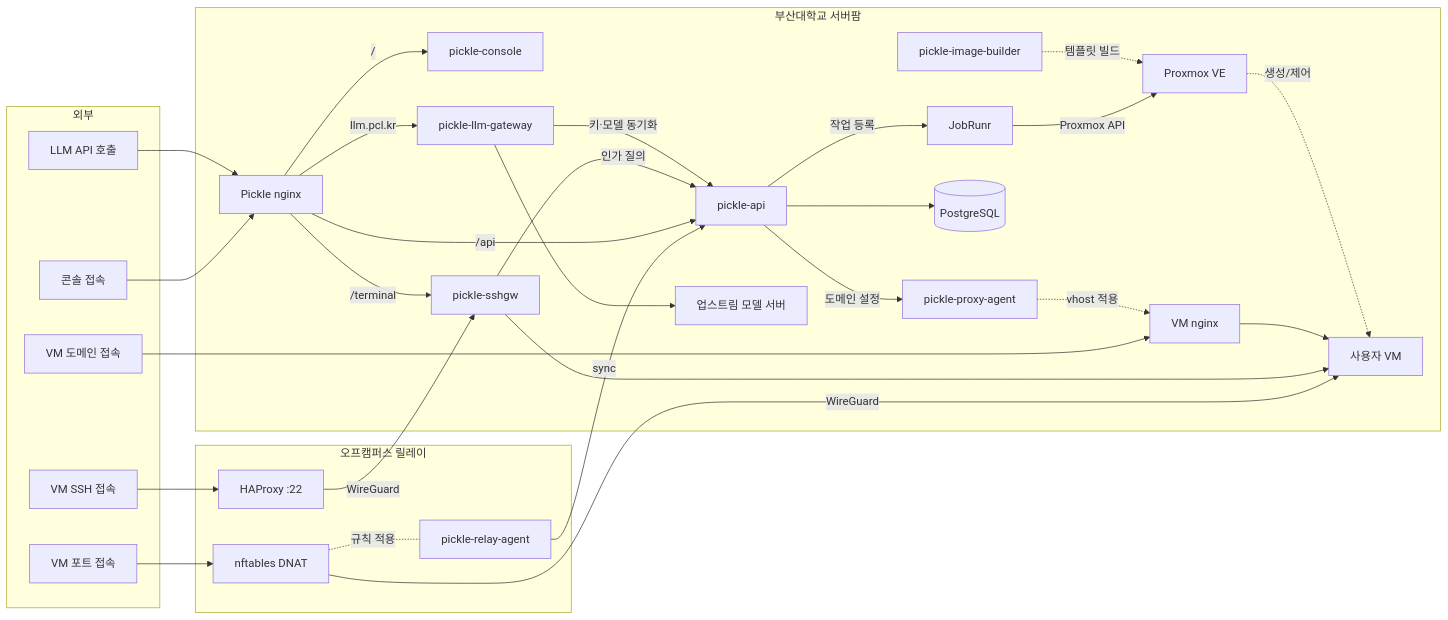
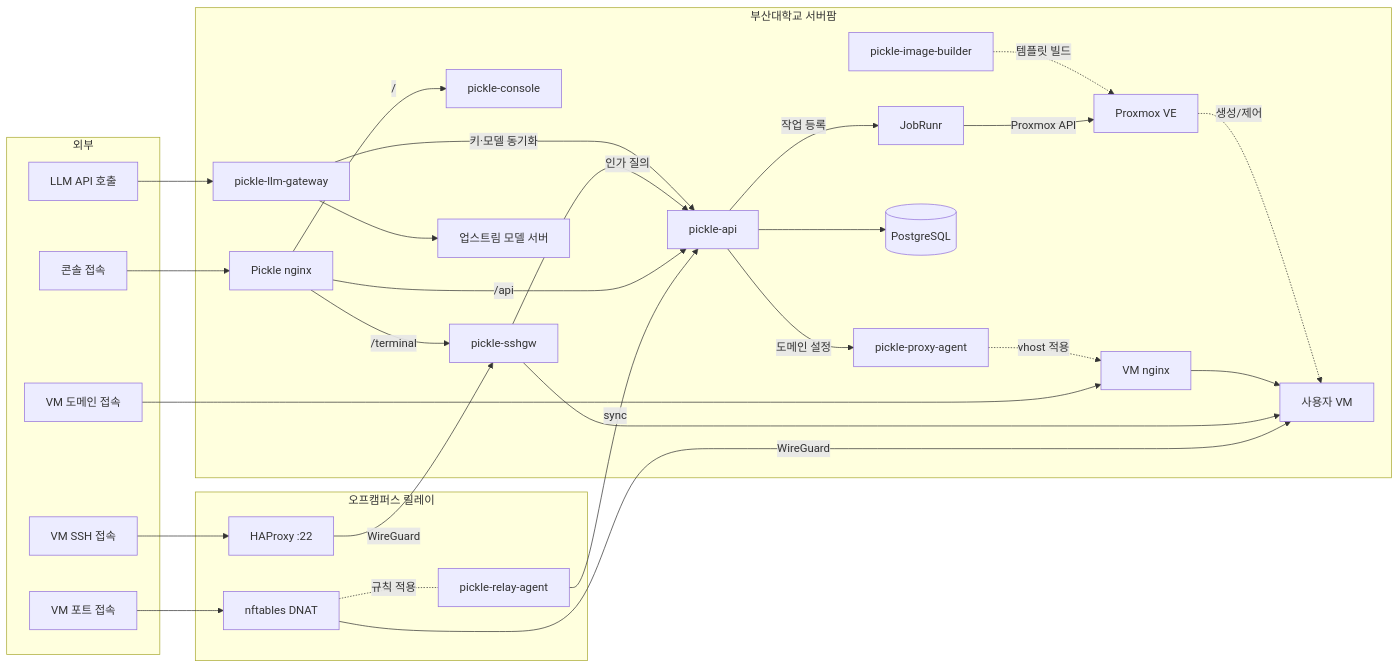
Before and after one commit to PNUops/pickle-infra-example: the diagram in README.md, drawn with Mermaid.

Commit message:
docs: draw the LLM API call as its own entry point

````diff
--- a/README.md
+++ b/README.md
@@ -144,62 +144,61 @@
 ```mermaid
 flowchart LR
     subgraph ext [외부]
         B[콘솔 접속]
         V[VM 도메인 접속]
         S[VM SSH 접속]
         PC[VM 포트 접속]
         L[LLM API 호출]
     end
 
     subgraph relay [오프캠퍼스 릴레이]
         HA[HAProxy :22]
         NFT[nftables DNAT]
         RA[pickle-relay-agent]
     end
 
     subgraph campus [부산대학교 서버팜]
         PN[Pickle nginx]
         VN[VM nginx]
         C[pickle-console]
         A[pickle-api]
         J[JobRunr]
         G[pickle-sshgw]
         P[pickle-proxy-agent]
         DB[(PostgreSQL)]
         PVE[Proxmox VE]
         VM[사용자 VM]
         IB[pickle-image-builder]
         LG[pickle-llm-gateway]
         UP[업스트림 모델 서버]
     end
 
     B --> PN
     V --> VN
     S --> HA
     PC --> NFT
-    L --> PN
+    L --> LG
 
     HA -->|WireGuard| G
     NFT -->|WireGuard| VM
     NFT -. 규칙 적용 .- RA
     RA -->|sync| A
 
     PN -->|/| C
     PN -->|/api| A
     PN -->|/terminal| G
-    PN -->|llm.pcl.kr| LG
 
     G -->|인가 질의| A
     LG -->|키·모델 동기화| A
     LG --> UP
     G --> VM
     VN --> VM
 
     A --> DB
     A -->|작업 등록| J
     J -->|Proxmox API| PVE
     A -->|도메인 설정| P
     P -.->|vhost 적용| VN
     PVE -.->|생성/제어| VM
     IB -.->|템플릿 빌드| PVE
 ```
````
